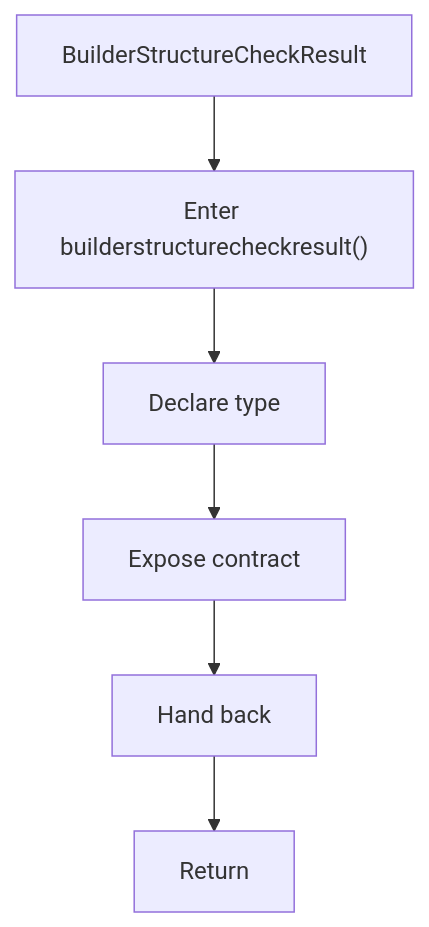
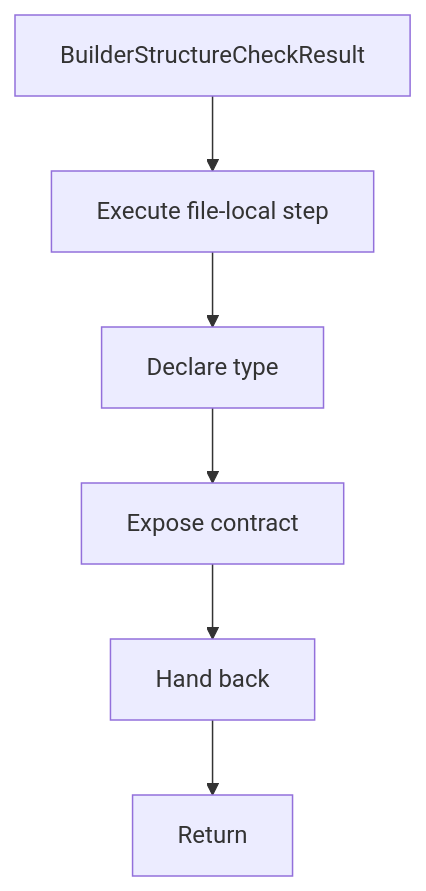
One commit to JohnAndrewBalbarosa/NeoTerritory changed the fourth of 6 diagrams in docs/Codebase/Microservice/Modules/Header/SyntacticBrokenAST/Analysis/Patterns/Creational/Builder/core.hpp.md. Above: the diagram before and after it, drawn with Mermaid. The commit also changed other lines of this file and 915 other files, not shown here.

````diff
--- a/docs/Codebase/Microservice/Modules/Header/SyntacticBrokenAST/Analysis/Patterns/Creational/Builder/core.hpp.md
+++ b/docs/Codebase/Microservice/Modules/Header/SyntacticBrokenAST/Analysis/Patterns/Creational/Builder/core.hpp.md
@@ -132,14 +131,14 @@
 ```mermaid
 flowchart TD
     Start["BuilderStructureCheckResult"]
-    N0["Enter builderstructurecheckresult()"]
+    N0["Execute file-local step"]
     N1["Declare type"]
     N2["Expose contract"]
     N3["Hand back"]
     End["Return"]
     Start --> N0
     N0 --> N1
     N1 --> N2
     N2 --> N3
     N3 --> End
 ```
````
